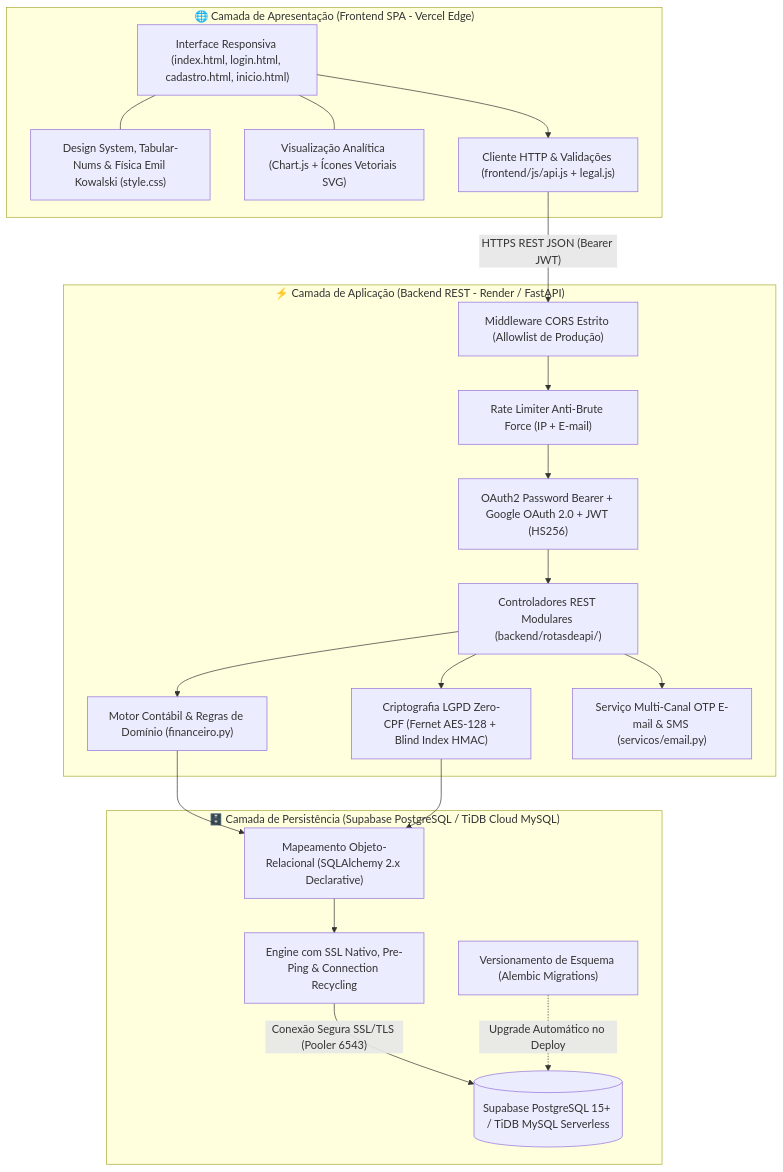
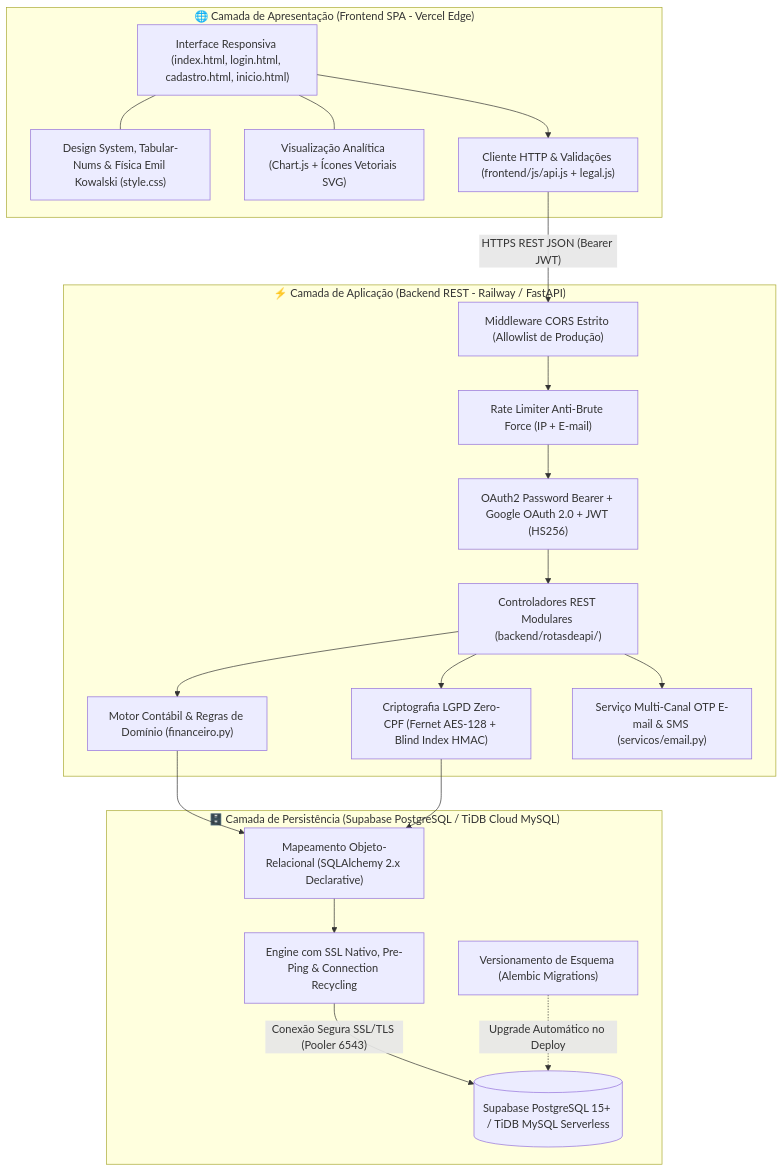
The diagram in ESTRUTURA.md (arthurcamrocha20052008/fluxo_caixa), drawn with Mermaid before and after one commit. The commit also changed other lines of this file and 23 other files, not shown here.

````diff
--- a/ESTRUTURA.md
+++ b/ESTRUTURA.md
@@ -16,44 +16,44 @@
 ```mermaid
 flowchart TD
     subgraph ClientLayer ["🌐 Camada de Apresentação (Frontend SPA - Vercel Edge)"]
         UI["Interface Responsiva (index.html, login.html, cadastro.html, inicio.html)"]
         CSS["Design System, Tabular-Nums & Física Emil Kowalski (style.css)"]
         CHARTS["Visualização Analítica (Chart.js + Ícones Vetoriais SVG)"]
         API_CLIENT["Cliente HTTP & Validações (frontend/js/api.js + legal.js)"]
         
         UI --- CSS
         UI --- CHARTS
         UI --> API_CLIENT
     end
 
-    subgraph ServerLayer ["⚡ Camada de Aplicação (Backend REST - Render / FastAPI)"]
+    subgraph ServerLayer ["⚡ Camada de Aplicação (Backend REST - Railway / FastAPI)"]
         CORS["Middleware CORS Estrito (Allowlist de Produção)"]
         RATE["Rate Limiter Anti-Brute Force (IP + E-mail)"]
         AUTH["OAuth2 Password Bearer + Google OAuth 2.0 + JWT (HS256)"]
         ROUTERS["Controladores REST Modulares (backend/rotasdeapi/)"]
         DOMAIN["Motor Contábil & Regras de Domínio (financeiro.py)"]
         CRYPTO["Criptografia LGPD Zero-CPF (Fernet AES-128 + Blind Index HMAC)"]
         NOTIF["Serviço Multi-Canal OTP E-mail & SMS (servicos/email.py)"]
 
         API_CLIENT -- "HTTPS REST JSON (Bearer JWT)" --> CORS
         CORS --> RATE
         RATE --> AUTH
         AUTH --> ROUTERS
         ROUTERS --> DOMAIN
         ROUTERS --> CRYPTO
         ROUTERS --> NOTIF
     end
 
     subgraph DataLayer ["🗄️ Camada de Persistência (Supabase PostgreSQL / TiDB Cloud MySQL)"]
         ORM["Mapeamento Objeto-Relacional (SQLAlchemy 2.x Declarative)"]
         POOL["Engine com SSL Nativo, Pre-Ping & Connection Recycling"]
         MIGRATIONS["Versionamento de Esquema (Alembic Migrations)"]
         DB[("Supabase PostgreSQL 15+ / TiDB MySQL Serverless")]
 
         DOMAIN --> ORM
         CRYPTO --> ORM
         ORM --> POOL
         POOL -- "Conexão Segura SSL/TLS (Pooler 6543)" --> DB
         MIGRATIONS -. "Upgrade Automático no Deploy" .-> DB
     end
 ```
````
